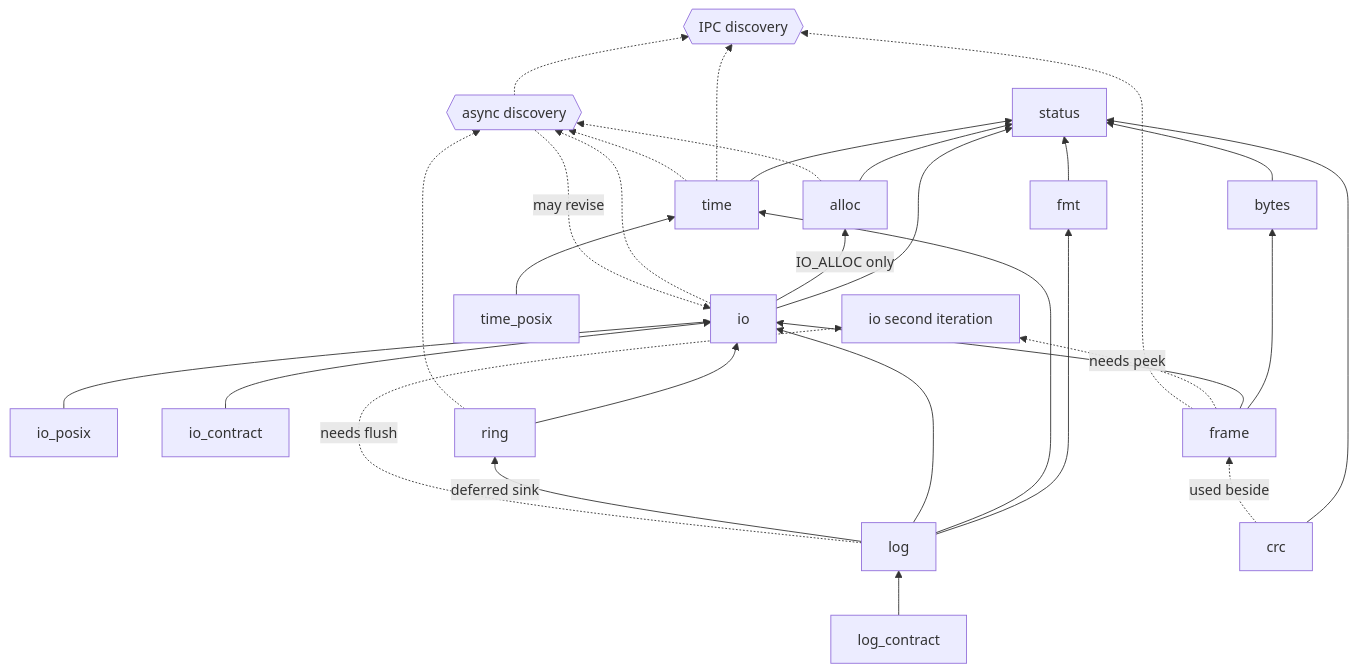
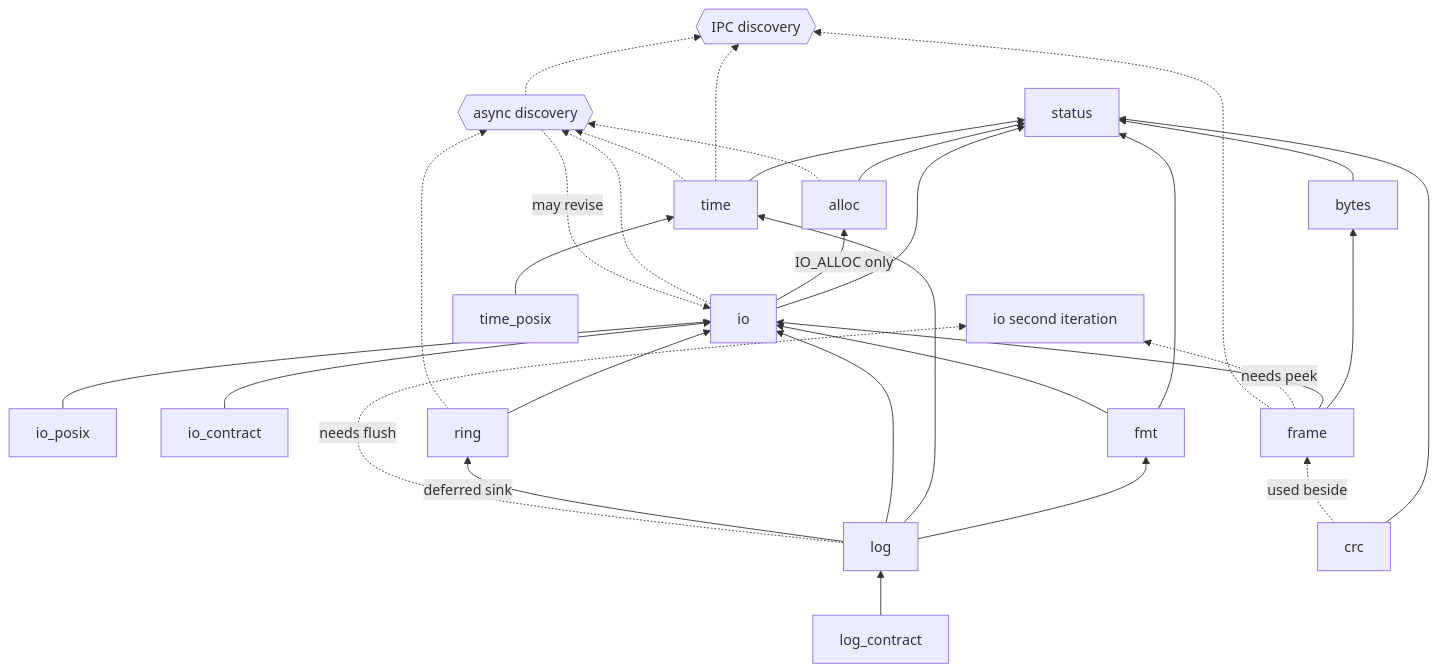
Before and after one commit to Zshoham/elemental: the diagram in docs/module-plan.md, drawn with Mermaid. The commit also changed other lines of this file and 2 other files, not shown here.

First line of the commit message:
Accept the io buffers and fmt proposal; add milestone M3a

````diff
--- a/docs/module-plan.md
+++ b/docs/module-plan.md
@@ -230,32 +223,33 @@
 ```mermaid
 graph BT
   io --> status
   io -->|IO_ALLOC only| alloc
   io_posix --> io
   io_contract --> io
   fmt --> status
+  fmt --> io
   time --> status
   time_posix --> time
   ring --> io
   log --> fmt
   log --> time
   log --> io
   log -->|deferred sink| ring
   log_contract --> log
   frame --> bytes
   frame --> io
   alloc --> status
   bytes --> status
   crc --> status
   crc -.->|used beside| frame
   log -.->|needs flush| io2[io second iteration]
   frame -.->|needs peek| io2
   frame -.-> ipc{{IPC discovery}}
   time -.-> ipc
   io -.-> async{{async discovery}}
   ring -.-> async
   time -.-> async
   alloc -.-> async
   async -.->|may revise| io
   async -.-> ipc
 ```
````
